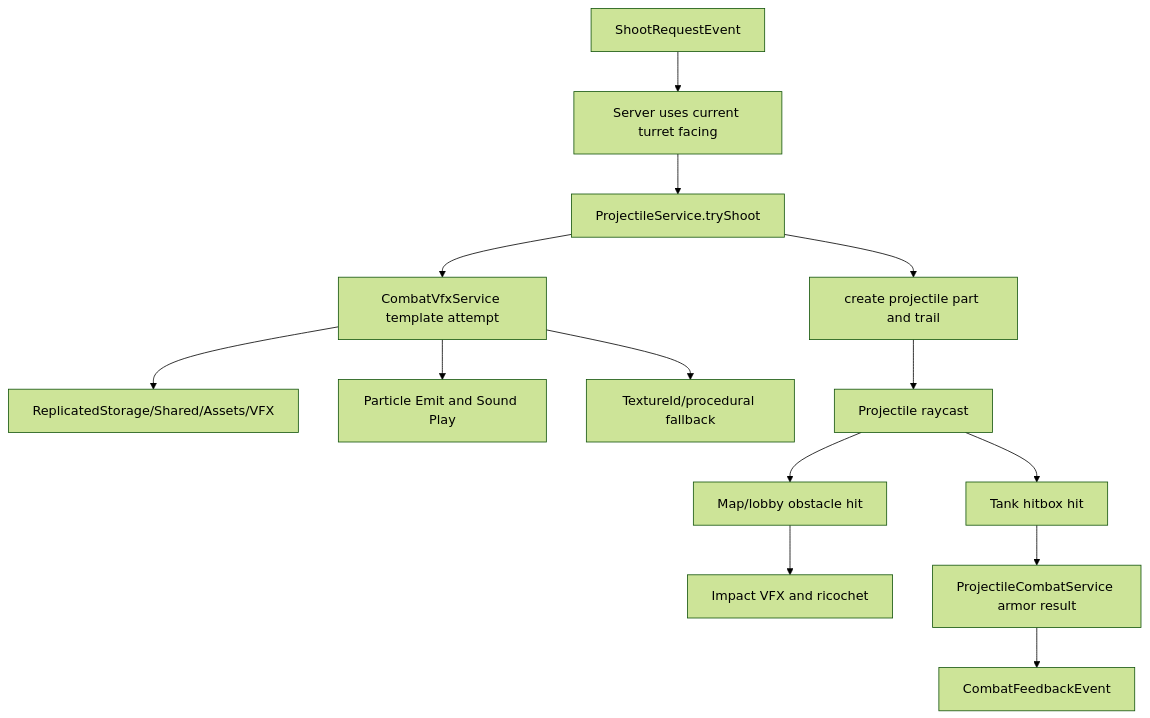
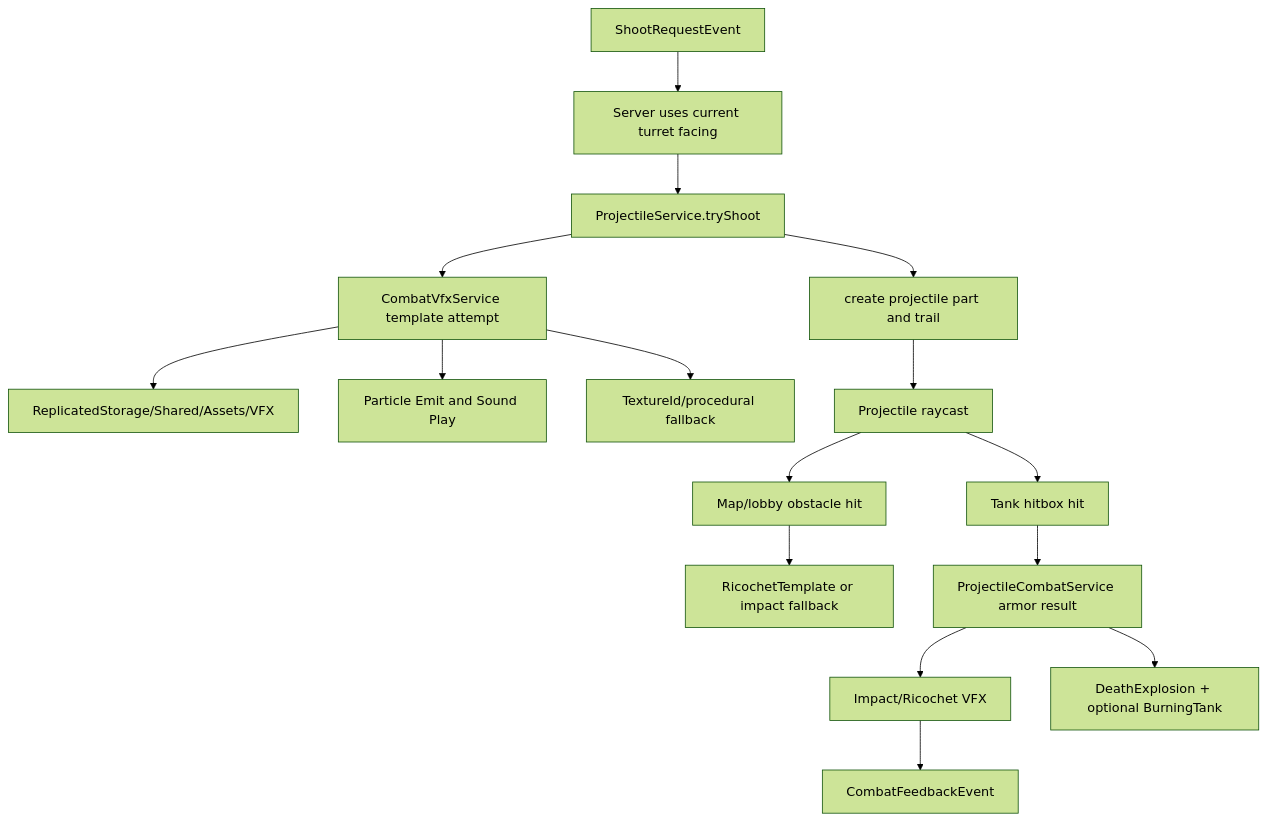
The fifth of 6 diagrams in docs/ARCHITECTURE_GRAPH.md (Incube700/WorldOfBalance_Roblox), drawn with Mermaid (forest theme) before and after one commit. The commit also changed other lines of this file and 16 other files, not shown here.

First line of the commit message:
Add VFX templates and tank pose validation

````diff
--- a/docs/ARCHITECTURE_GRAPH.md
+++ b/docs/ARCHITECTURE_GRAPH.md
@@ -77,16 +78,18 @@
 ```mermaid
 flowchart TD
     A["ShootRequestEvent"] --> B["Server uses current turret facing"]
     B --> C["ProjectileService.tryShoot"]
     C --> D["create projectile part and trail"]
     C --> E["CombatVfxService template attempt"]
     E --> F["ReplicatedStorage/Shared/Assets/VFX"]
     E --> G["Particle Emit and Sound Play"]
     E --> H["TextureId/procedural fallback"]
     D --> I["Projectile raycast"]
     I --> J["Map/lobby obstacle hit"]
     I --> K["Tank hitbox hit"]
-    J --> L["Impact VFX and ricochet"]
+    J --> L["RicochetTemplate or impact fallback"]
     K --> M["ProjectileCombatService armor result"]
-    M --> N["CombatFeedbackEvent"]
+    M --> N["Impact/Ricochet VFX"]
+    N --> O["CombatFeedbackEvent"]
+    M --> P["DeathExplosion + optional BurningTank"]
 ```
````
